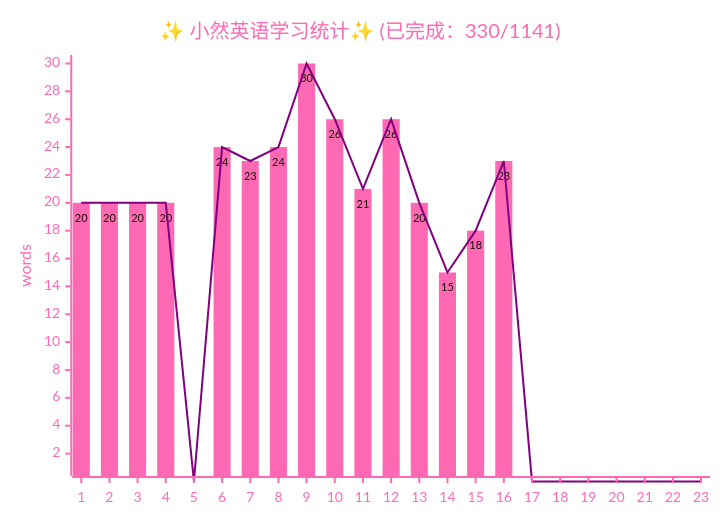
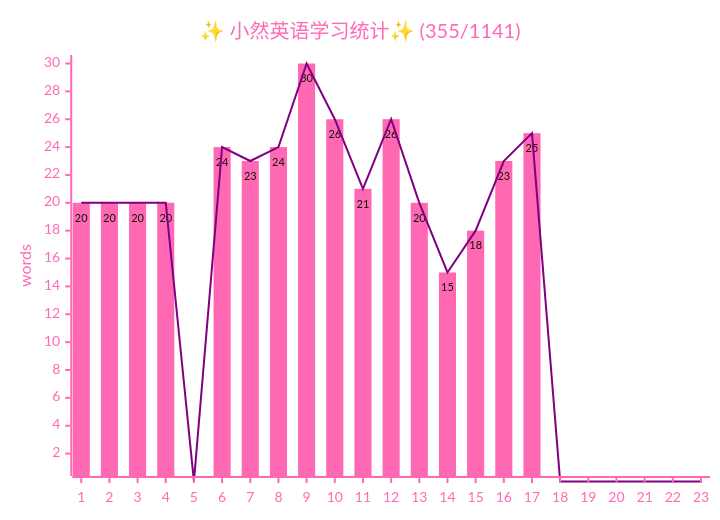
The diagram in docs/life-lessons/xiaoran/2026-xiaoran.md (zsh-rc/zsh-rc.github.io), drawn with Mermaid before and after one commit. The commit also changed 1 other file, not shown here.

Commit message:
homework

```diff
--- a/docs/life-lessons/xiaoran/2026-xiaoran.md
+++ b/docs/life-lessons/xiaoran/2026-xiaoran.md
@@ -11,25 +11,25 @@
 ~~~mermaid
 ---
 config:
     xyChart:
         showDataLabel: true
     themeVariables:
         xyChart:
             titleColor: "#FF69B4"
             xAxisTitleColor: "#FF69B4"
             xAxisLabelColor: "#FF69B4"
             xAxisLineColor: "#FF69B4"
             xAxisTickColor: "#FF69B4"
             yAxisLabelColor: "#FF69B4"
             yAxisTitleColor: "#FF69B4"
             yAxisLineColor: "#FF69B4"
             yAxisTickColor: "#FF69B4"
             plotColorPalette: '#FF69B4, #800080'
 ---
 xychart
-    title "✨ 小然英语学习统计✨ (已完成：330/1141)"
+    title "✨ 小然英语学习统计✨ (355/1141)"
     y-axis "words" 1 --> 30
     x-axis [1,  2,  3,  4,  5,  6,  7,  8,  9,  10, 11, 12, 13, 14, 15, 16, 17, 18, 19, 20, 21, 22, 23]
-    bar    [20, 20, 20, 20, 0,  24, 23, 24, 30, 26, 21, 26, 20, 15, 18, 23,  0,  0,  0,  0,  0,  0,  0]
-    line   [20, 20, 20, 20, 0,  24, 23, 24, 30, 26, 21, 26, 20, 15, 18, 23,  0,  0,  0,  0,  0,  0,  0]
+    bar    [20, 20, 20, 20, 0,  24, 23, 24, 30, 26, 21, 26, 20, 15, 18, 23, 25,  0,  0,  0,  0,  0,  0]
+    line   [20, 20, 20, 20, 0,  24, 23, 24, 30, 26, 21, 26, 20, 15, 18, 23, 25,  0,  0,  0,  0,  0,  0]
 ~~~
```
